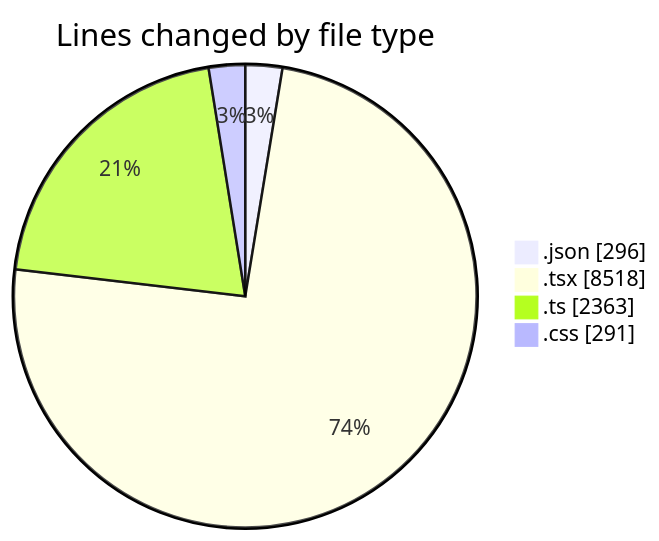
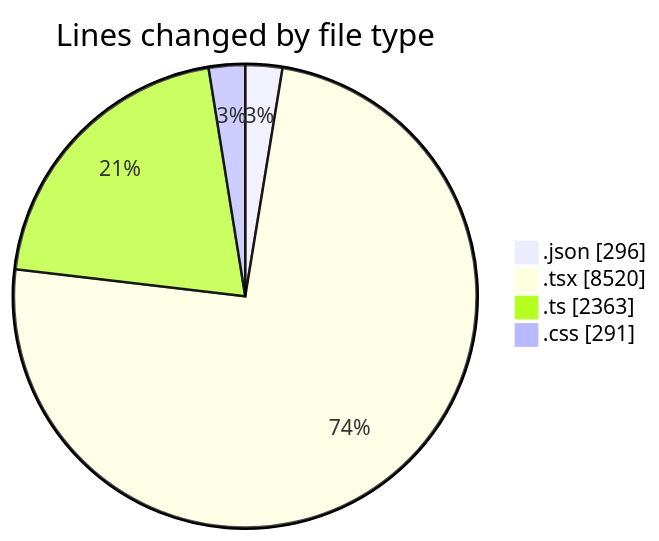
Before and after one commit to julien-gomy/code-tracking: the first of 2 diagrams in 2025-10-07/eventscop-frontend-guide__workspace_/README.md, drawn with Mermaid. The commit also changed other lines of this file and 1 other file, not shown here.

````diff
--- a/2025-10-07/eventscop-frontend-guide__workspace_/README.md
+++ b/2025-10-07/eventscop-frontend-guide__workspace_/README.md
@@ -82,8 +82,8 @@
 ```mermaid
 pie showData
 title Lines changed by file type
 ".json" : 296
-".tsx" : 8518
+".tsx" : 8520
 ".ts" : 2363
 ".css" : 291
 ```
````
